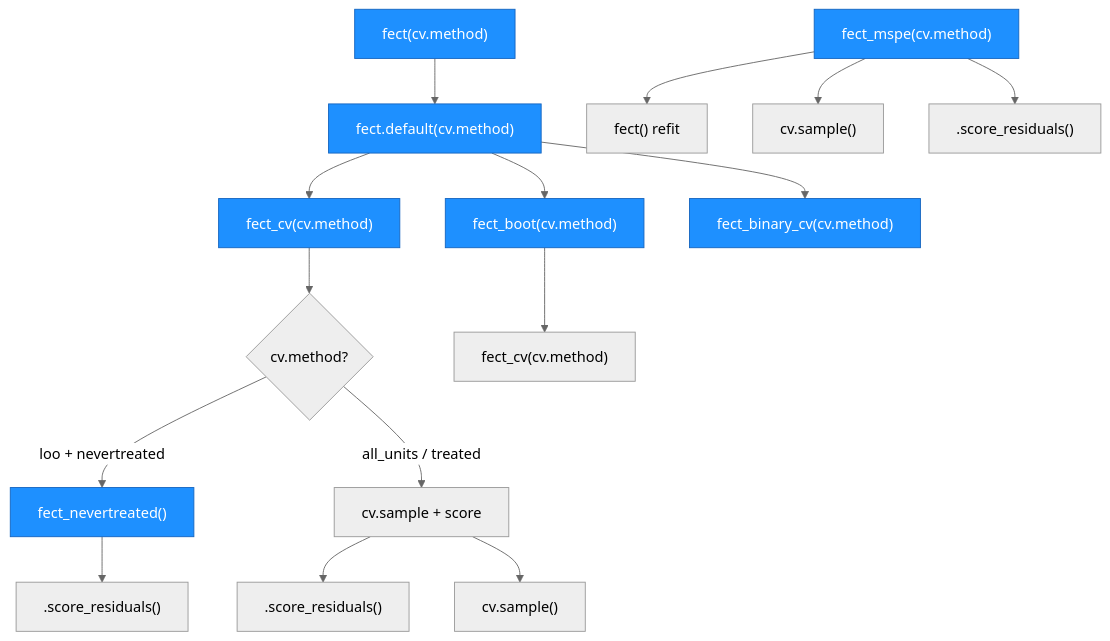
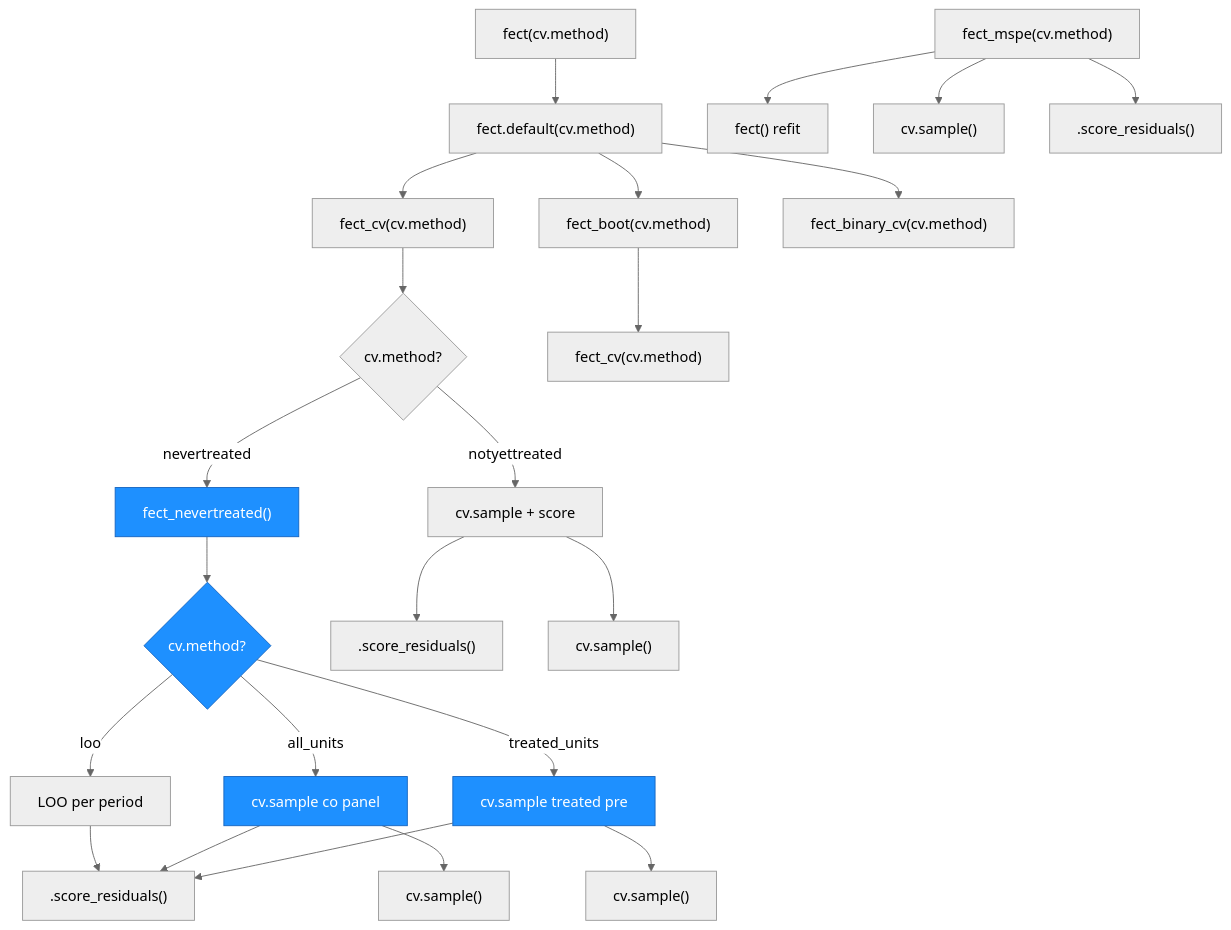
Before and after one commit to xuyiqing/fect: the third of 5 diagrams in architecture.md, drawn with Mermaid. The commit also changed other lines of this file and 4 other files, not shown here.

First line of the commit message:
feat: implement cv.sample k-fold CV in fect_nevertreated

````diff
--- a/architecture.md
+++ b/architecture.md
@@ -227,31 +227,37 @@
 ```mermaid
 %%{init: {'theme': 'neutral'}}%%
 graph TD
     fect["fect(cv.method)"] --> fect_default["fect.default(cv.method)"]
     fect_default --> fect_cv["fect_cv(cv.method)"]
     fect_default --> fect_boot["fect_boot(cv.method)"]
     fect_default --> fect_binary_cv["fect_binary_cv(cv.method)"]
 
     fect_cv --> cv_map{"cv.method?"}
-    cv_map -->|loo + nevertreated| fect_nt["fect_nevertreated()"]
-    cv_map -->|all_units / treated| cv_internal["cv.sample + score"]
+    cv_map -->|nevertreated| fect_nt["fect_nevertreated()"]
+    cv_map -->|notyettreated| cv_internal["cv.sample + score"]
+
+    fect_nt --> nt_branch{"cv.method?"}
+    nt_branch -->|loo| nt_loo["LOO per period"]
+    nt_branch -->|all_units| nt_au["cv.sample co panel"]
+    nt_branch -->|treated_units| nt_tu["cv.sample treated pre"]
 
     fect_boot --> fect_cv2["fect_cv(cv.method)"]
 
-    fect_nt --> score_nt[".score_residuals()"]
+    nt_loo --> score_nt[".score_residuals()"]
+    nt_au --> score_nt
+    nt_tu --> score_nt
     cv_internal --> score_cv[".score_residuals()"]
 
     fect_mspe["fect_mspe(cv.method)"] --> fect_refit["fect() refit"]
     fect_mspe --> cv_sample["cv.sample()"]
     fect_mspe --> score_mspe[".score_residuals()"]
 
     cv_internal --> cv_sample2["cv.sample()"]
+    nt_au --> cv_sample3["cv.sample()"]
+    nt_tu --> cv_sample4["cv.sample()"]
 
-    style fect fill:#1e90ff,stroke:#1565c0,color:#fff
-    style fect_default fill:#1e90ff,stroke:#1565c0,color:#fff
-    style fect_cv fill:#1e90ff,stroke:#1565c0,color:#fff
-    style fect_boot fill:#1e90ff,stroke:#1565c0,color:#fff
-    style fect_binary_cv fill:#1e90ff,stroke:#1565c0,color:#fff
     style fect_nt fill:#1e90ff,stroke:#1565c0,color:#fff
-    style fect_mspe fill:#1e90ff,stroke:#1565c0,color:#fff
+    style nt_branch fill:#1e90ff,stroke:#1565c0,color:#fff
+    style nt_au fill:#1e90ff,stroke:#1565c0,color:#fff
+    style nt_tu fill:#1e90ff,stroke:#1565c0,color:#fff
 ```
````
